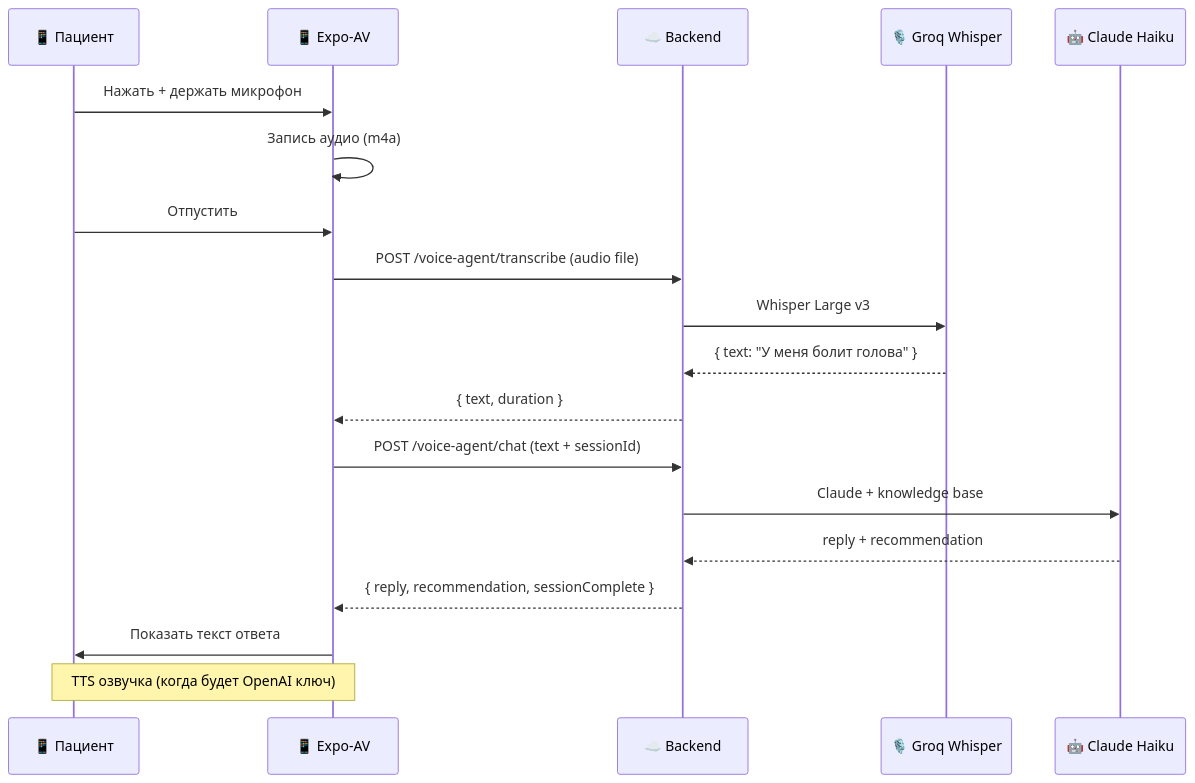
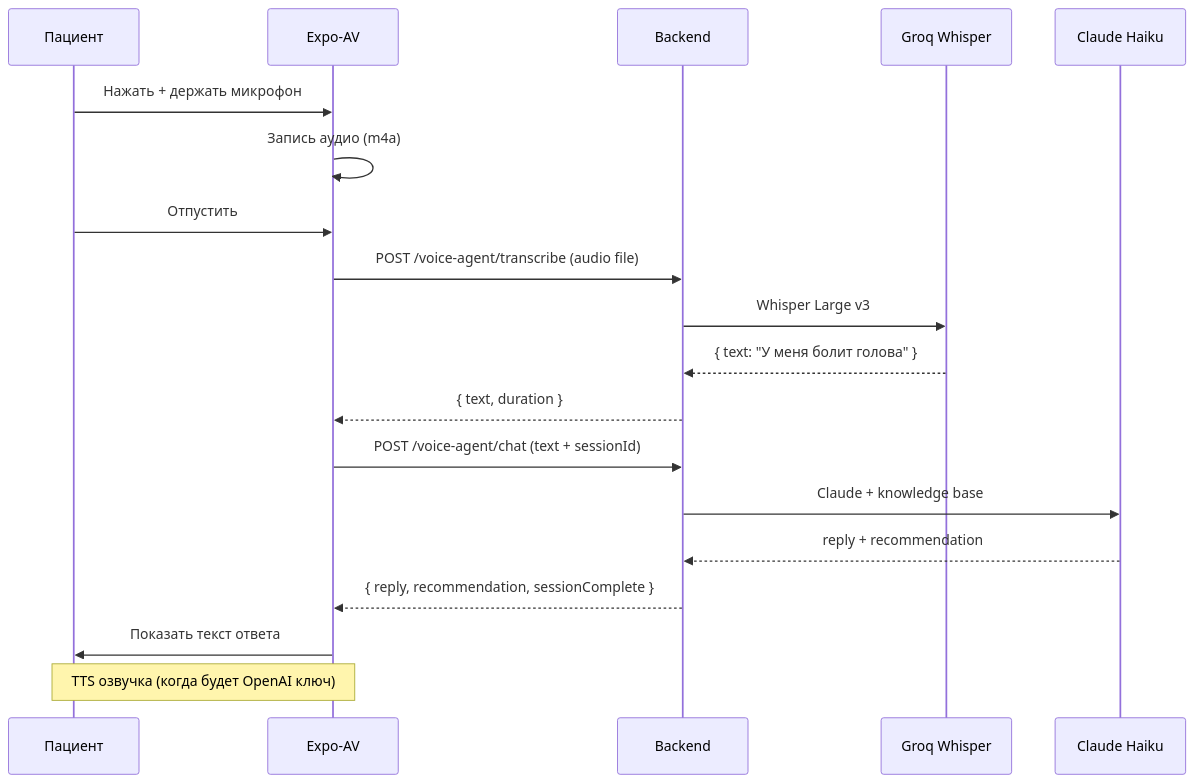
One commit to abubakirilhomov/hamshiraGo changed the fourth of 10 diagrams in docs/SYSTEM_FLOW.md. Above: the diagram before and after it, drawn with Mermaid. The commit also changed other lines of this file and 1 other file, not shown here.

First line of the commit message:
fix(docs): remove emoji + fix quotes in Mermaid diagrams

````diff
--- a/docs/SYSTEM_FLOW.md
+++ b/docs/SYSTEM_FLOW.md
@@ -148,26 +148,26 @@
 ```mermaid
 sequenceDiagram
-    participant P as 📱 Пациент
-    participant APP as 📱 Expo-AV
-    participant API as ☁️ Backend
-    participant GRQ as 🎙️ Groq Whisper
-    participant AI as 🤖 Claude Haiku
+    participant P as Пациент
+    participant APP as Expo-AV
+    participant API as Backend
+    participant GRQ as Groq Whisper
+    participant AI as Claude Haiku
 
     P->>APP: Нажать + держать микрофон
     APP->>APP: Запись аудио (m4a)
     P->>APP: Отпустить
     
     APP->>API: POST /voice-agent/transcribe (audio file)
     API->>GRQ: Whisper Large v3
     GRQ-->>API: { text: "У меня болит голова" }
     API-->>APP: { text, duration }
     
     APP->>API: POST /voice-agent/chat (text + sessionId)
     API->>AI: Claude + knowledge base
     AI-->>API: reply + recommendation
     API-->>APP: { reply, recommendation, sessionComplete }
     
     APP->>P: Показать текст ответа
     
     Note over P,APP: TTS озвучка (когда будет OpenAI ключ)
 ```
````
